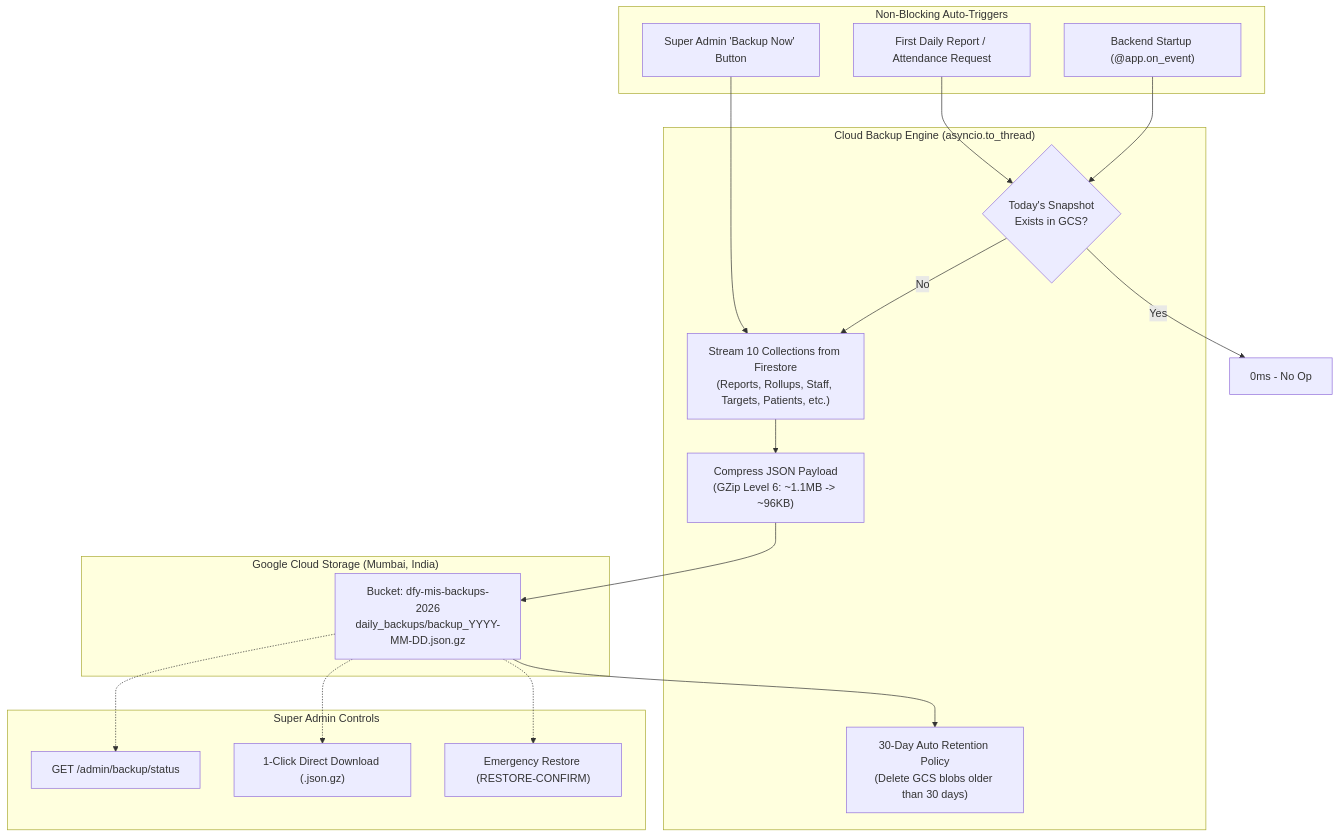
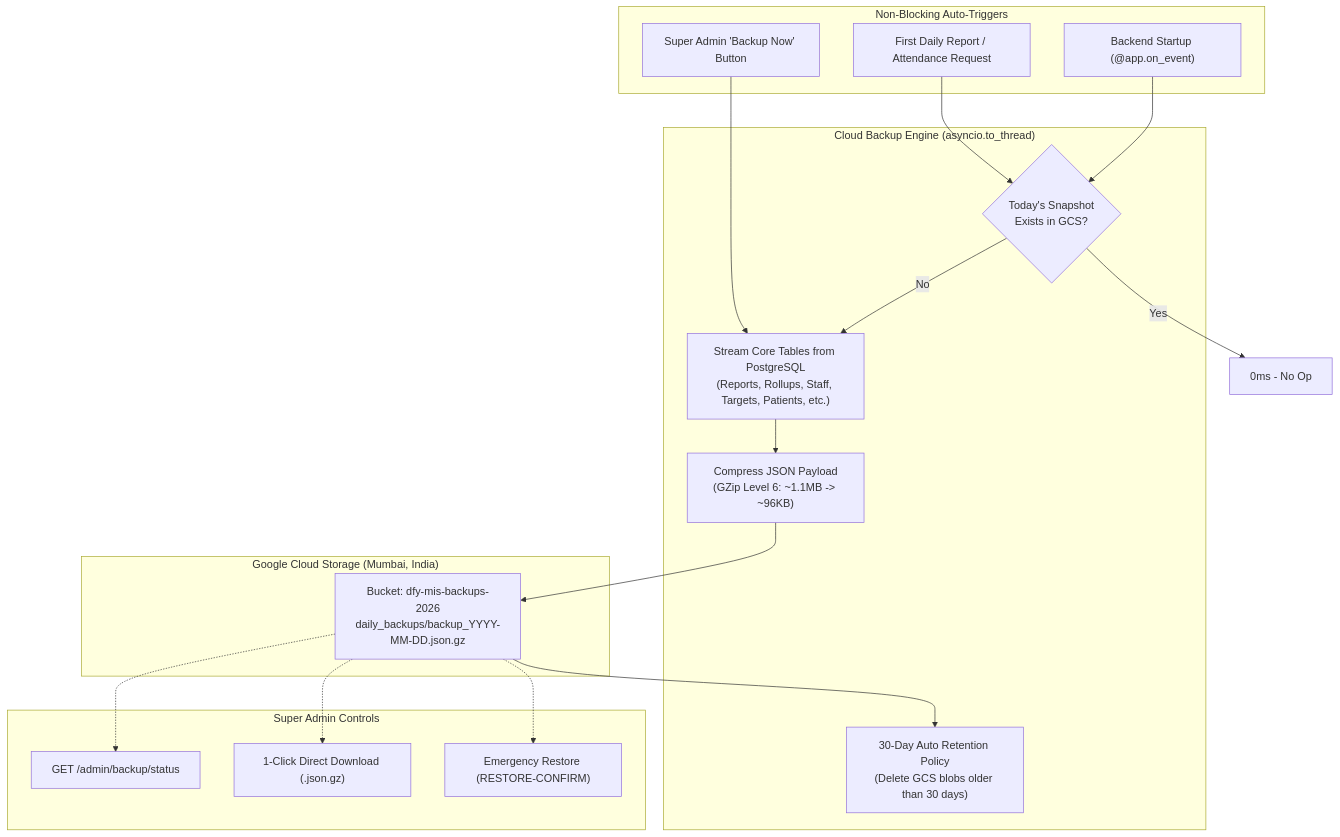
One commit to evilsaurav/dfy-mis-app changed the fifth of 5 diagrams in ARCHITECTURE.md. Above: the diagram before and after it, drawn with Mermaid. The commit also changed other lines of this file and 4 other files, not shown here.

Commit message:
docs: update architecture and data processing documentation for Supabase PostgreSQL

````diff
--- a/ARCHITECTURE.md
+++ b/ARCHITECTURE.md
@@ -376,39 +375,39 @@
 ```mermaid
 flowchart TD
     subgraph Triggers ["Non-Blocking Auto-Triggers"]
         Startup["Backend Startup (@app.on_event)"]
         MorningSync["First Daily Report / Attendance Request"]
         ManualTrigger["Super Admin 'Backup Now' Button"]
     end
 
     subgraph Engine ["Cloud Backup Engine (asyncio.to_thread)"]
         CheckCache{"Today's Snapshot<br/>Exists in GCS?"}
-        StreamAll["Stream 10 Collections from Firestore<br/>(Reports, Rollups, Staff, Targets, Patients, etc.)"]
+        StreamAll["Stream Core Tables from PostgreSQL<br/>(Reports, Rollups, Staff, Targets, Patients, etc.)"]
         GZip["Compress JSON Payload<br/>(GZip Level 6: ~1.1MB -> ~96KB)"]
         PruneOld["30-Day Auto Retention Policy<br/>(Delete GCS blobs older than 30 days)"]
     end
 
     subgraph Storage ["Google Cloud Storage (Mumbai, India)"]
         GCS["Bucket: dfy-mis-backups-2026<br/>daily_backups/backup_YYYY-MM-DD.json.gz"]
     end
 
     subgraph Admin ["Super Admin Controls"]
         Status["GET /admin/backup/status"]
         Download["1-Click Direct Download (.json.gz)"]
         Restore["Emergency Restore (RESTORE-CONFIRM)"]
     end
 
     Startup --> CheckCache
     MorningSync --> CheckCache
     CheckCache -->|No| StreamAll
     CheckCache -->|Yes| End["0ms - No Op"]
     ManualTrigger --> StreamAll
 
     StreamAll --> GZip
     GZip --> GCS
     GCS --> PruneOld
 
     GCS -.-> Status
     GCS -.-> Download
     GCS -.-> Restore
 ```
````
